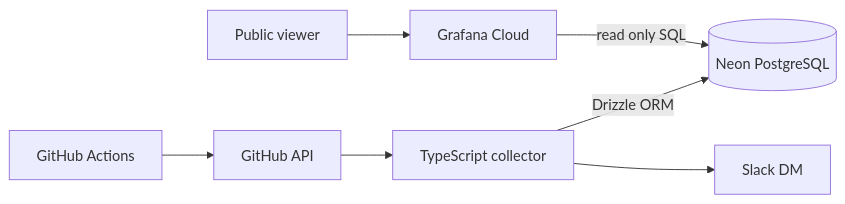
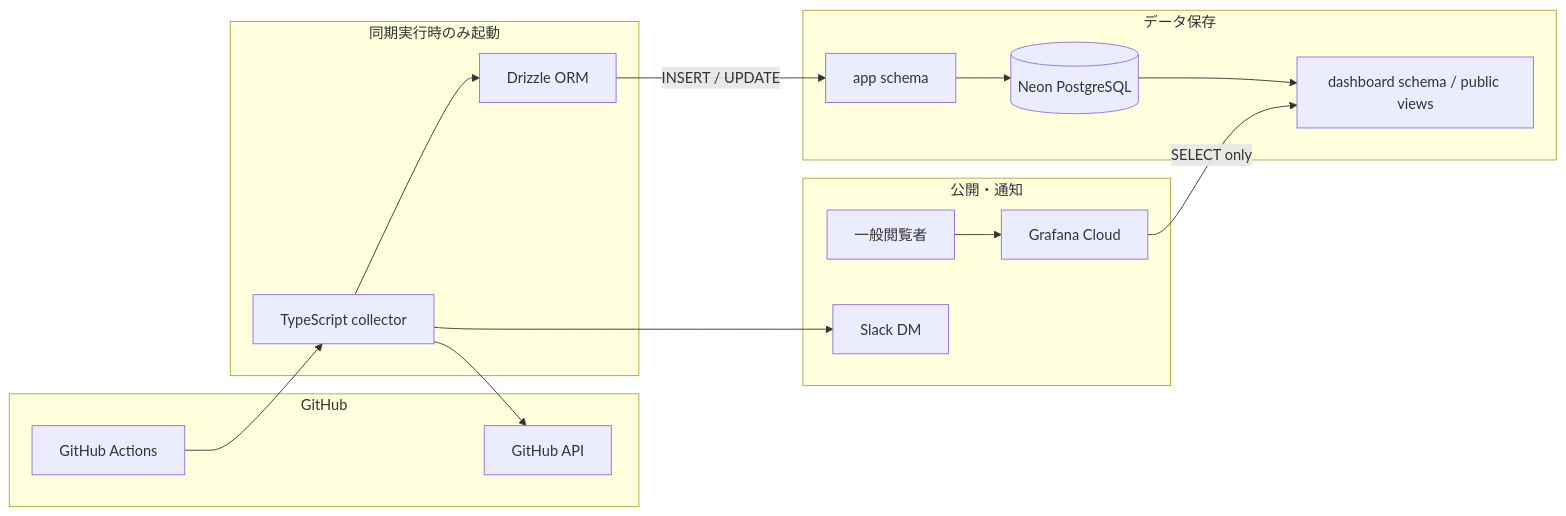
One commit to mytysoldier/output-pulse changed the first of 2 diagrams in docs/architecture.md. Above: the diagram before and after it, drawn with Mermaid. The commit also changed other lines of this file and 3 other files, not shown here.

Commit message:
設計ドキュメントにMermaid図を追加

````diff
--- a/docs/architecture.md
+++ b/docs/architecture.md
@@ -5,9 +5,34 @@
 ```mermaid
 flowchart LR
-    GHA[GitHub Actions] --> API[GitHub API]
-    API --> APP[TypeScript collector]
-    APP -->|Drizzle ORM| DB[(Neon PostgreSQL)]
-    GRAFANA[Grafana Cloud] -->|read only SQL| DB
-    VIEWER[Public viewer] --> GRAFANA
-    APP --> SLACK[Slack DM]
+    subgraph GitHub["GitHub"]
+        GHA["GitHub Actions"]
+        API["GitHub API"]
+    end
+
+    subgraph Runtime["同期実行時のみ起動"]
+        APP["TypeScript collector"]
+        DRIZZLE["Drizzle ORM"]
+    end
+
+    subgraph Data["データ保存"]
+        DB[("Neon PostgreSQL")]
+        INTERNAL["app schema"]
+        PUBLIC["dashboard schema / public views"]
+    end
+
+    subgraph Presentation["公開・通知"]
+        GRAFANA["Grafana Cloud"]
+        VIEWER["一般閲覧者"]
+        SLACK["Slack DM"]
+    end
+
+    GHA --> APP
+    APP --> API
+    APP --> DRIZZLE
+    DRIZZLE -->|"INSERT / UPDATE"| INTERNAL
+    INTERNAL --> DB
+    DB --> PUBLIC
+    GRAFANA -->|"SELECT only"| PUBLIC
+    VIEWER --> GRAFANA
+    APP --> SLACK
 ```
````
